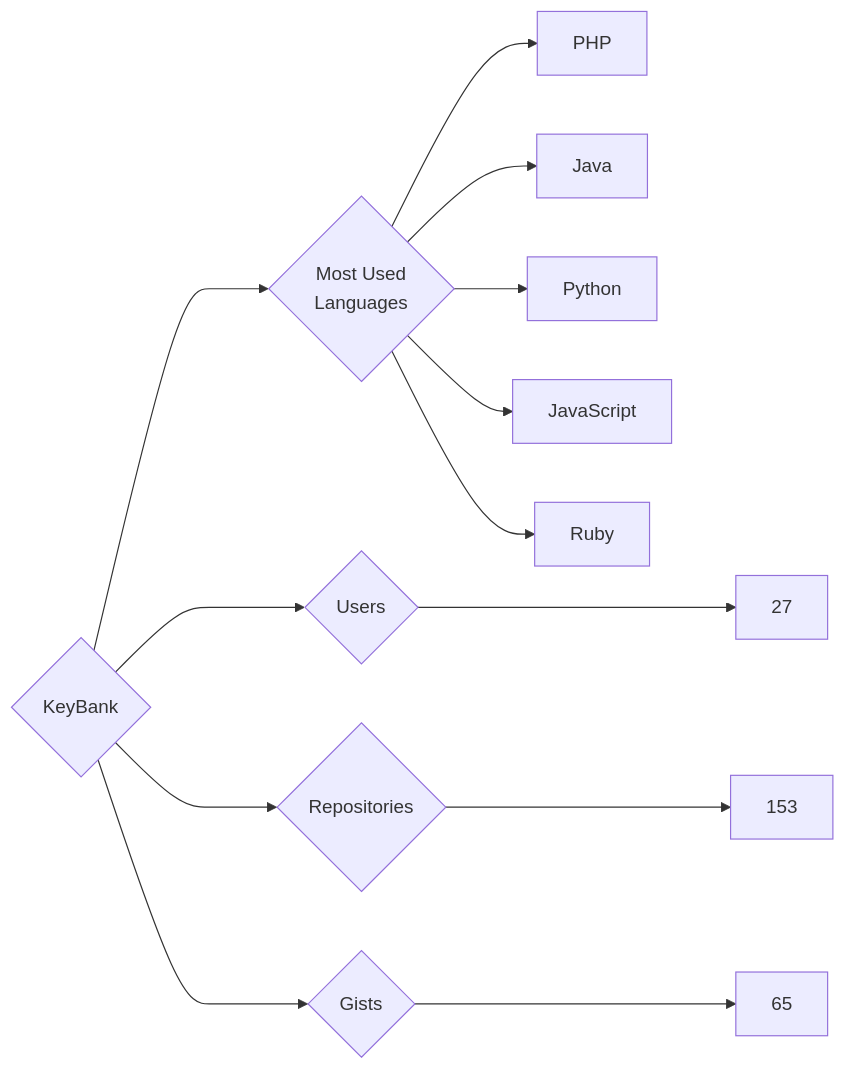
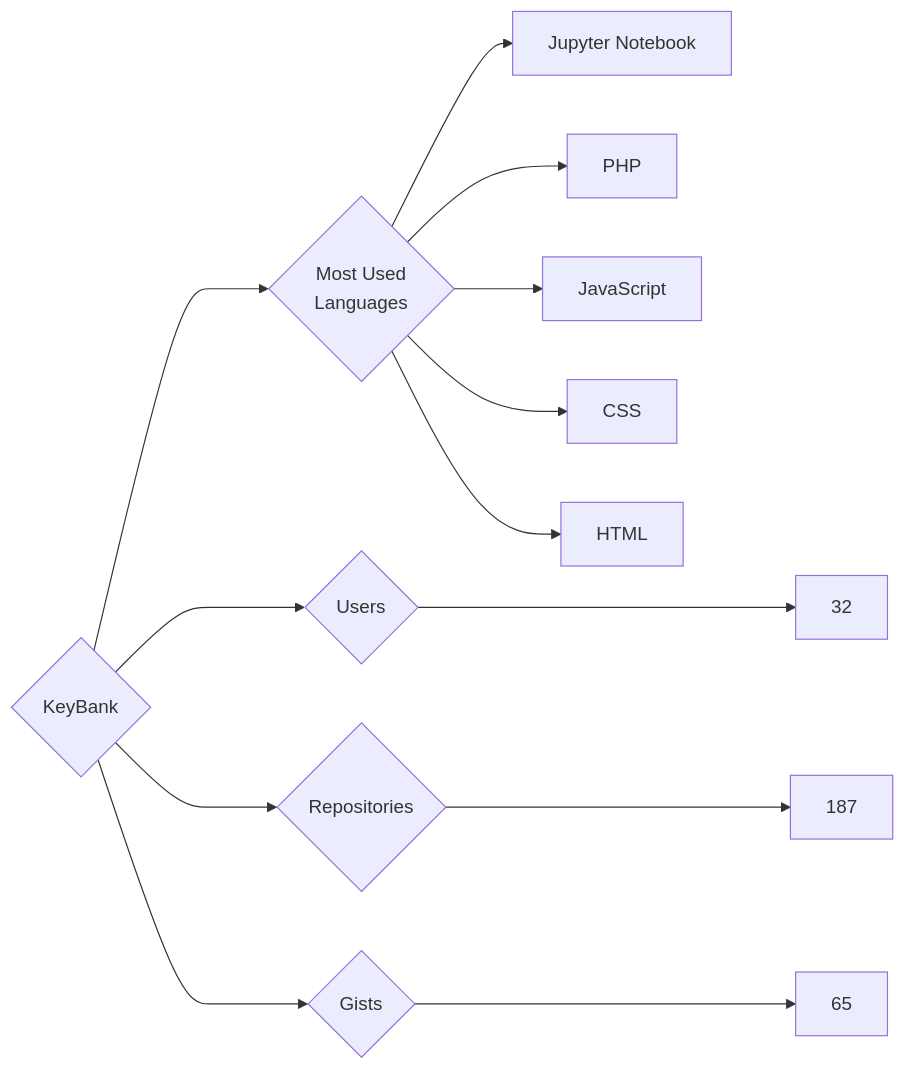
One commit to trickest/insiders changed the diagram in targets/KeyBank/README.md. Above: the diagram before and after it, drawn with Mermaid. The commit also changed 847 other files, not shown here.

````diff
--- a/targets/KeyBank/README.md
+++ b/targets/KeyBank/README.md
@@ -3,13 +3,13 @@
 ```mermaid
 graph LR
 COMPANY_NAME{KeyBank}
-COMPANY_NAME ---> U{Users} ---> UN[27]
-COMPANY_NAME ---> R{Repositories} ---> RN[153]
+COMPANY_NAME ---> U{Users} ---> UN[32]
+COMPANY_NAME ---> R{Repositories} ---> RN[187]
 COMPANY_NAME ---> G{Gists} ---> GN[65]
 COMPANY_NAME ---> ML{Most Used<br>Languages}
+ML --> Jupyter_Notebook[Jupyter Notebook]
 ML --> PHP[PHP]
-ML --> Java[Java]
-ML --> Python[Python]
 ML --> JavaScript[JavaScript]
-ML --> Ruby[Ruby]
+ML --> CSS[CSS]
+ML --> HTML[HTML]
 ```
````
